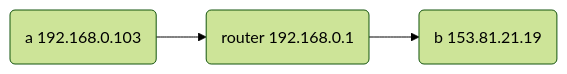
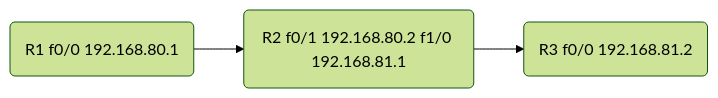
The diagram in docs/Net/L2/ARP.md (dhay3/archiVe), drawn with Mermaid (forest theme) before and after one commit. The commit also changed other lines of this file and 8 other files, not shown here.

````diff
--- a/docs/Net/L2/ARP.md
+++ b/docs/Net/L2/ARP.md
@@ -91,4 +166,4 @@
 ```mermaid
 graph LR
-a(a 192.168.0.103)-->b(router 192.168.0.1) -->c(b 153.81.21.19)
+R1(R1 f0/0 192.168.80.1)-->R2(R2 f0/1 192.168.80.2 f1/0 192.168.81.1)-->R3(R3 f0/0 192.168.81.2)
 ```
````
